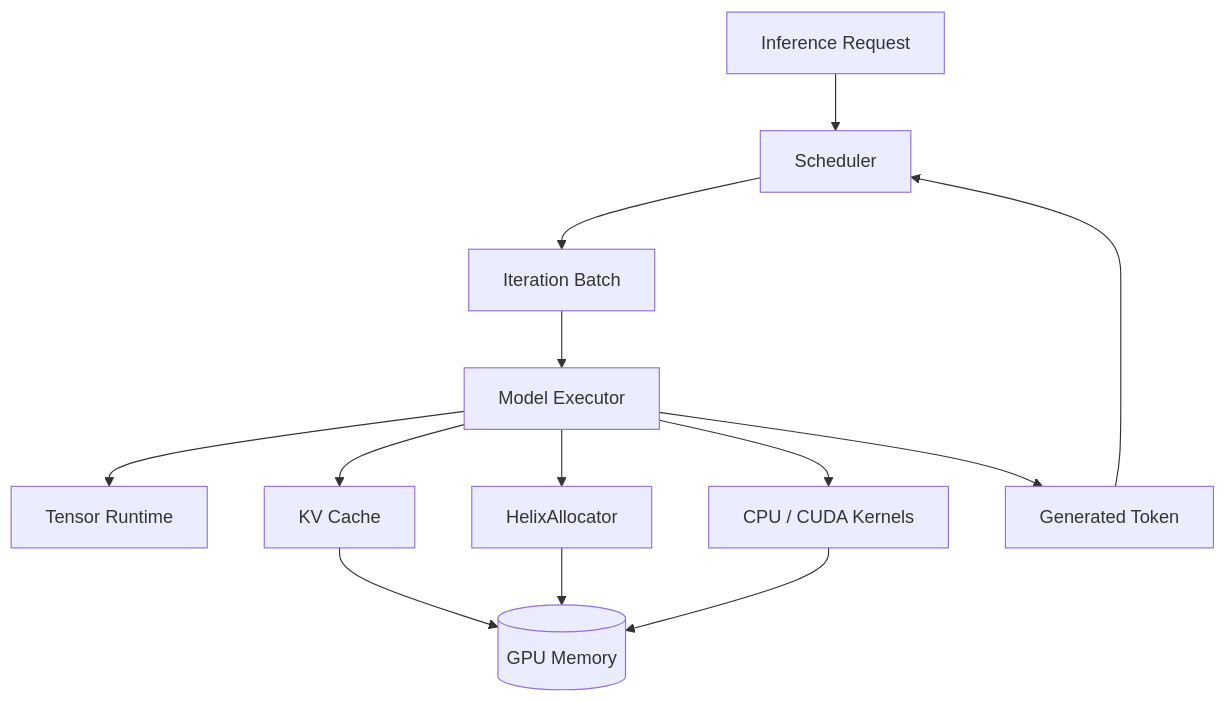
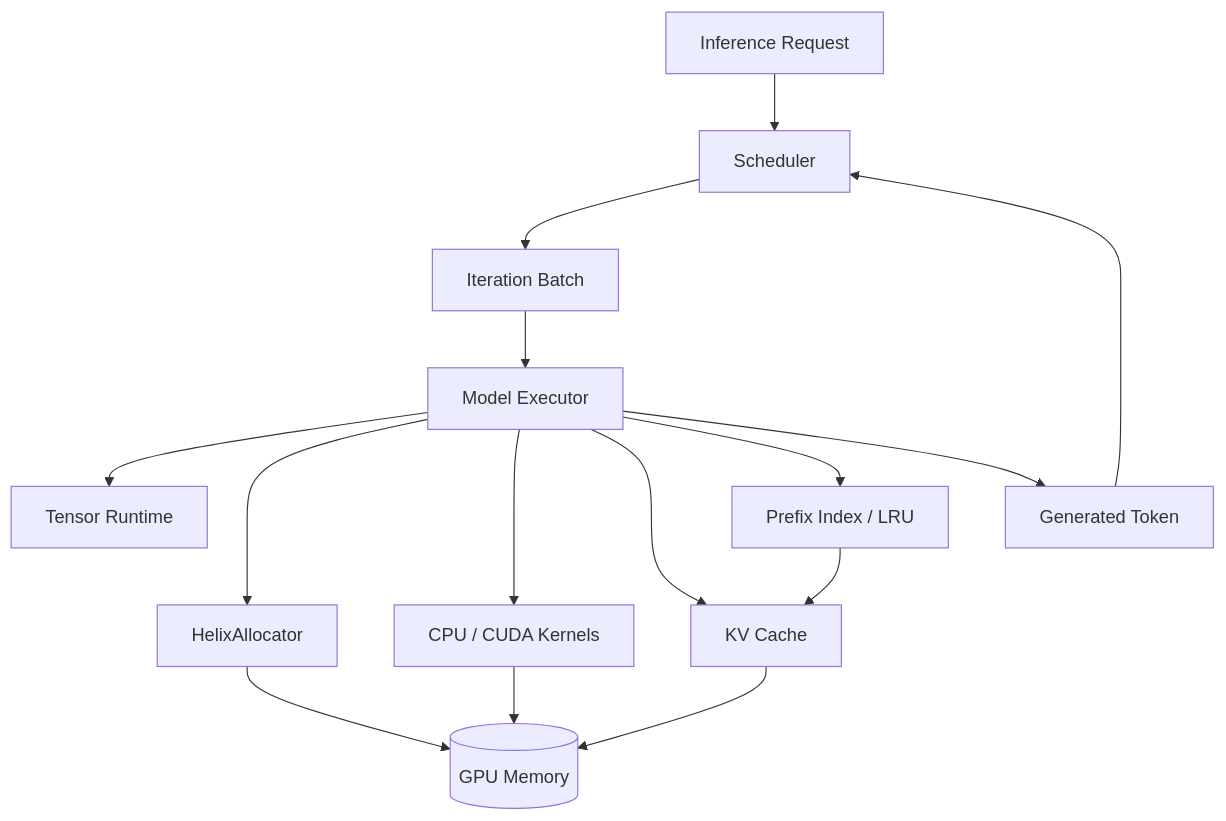
Before and after one commit to parthpandya5/helix-runtime: the first of 12 diagrams in docs/ARCHITECTURE.md, drawn with Mermaid. The commit also changed other lines of this file and 11 other files, not shown here.

````diff
--- a/docs/ARCHITECTURE.md
+++ b/docs/ARCHITECTURE.md
@@ -27,15 +27,17 @@
 ```mermaid
 flowchart TD
     Request[Inference Request] --> Scheduler
     Scheduler --> Batch[Iteration Batch]
     Batch --> Executor[Model Executor]
     Executor --> Tensor[Tensor Runtime]
     Executor --> Allocator[HelixAllocator]
     Executor --> Kernels[CPU / CUDA Kernels]
     Executor --> KV[KV Cache]
+    Executor --> Prefix[Prefix Index / LRU]
+    Prefix --> KV
     KV --> GPUMemory[(GPU Memory)]
     Allocator --> GPUMemory
     Kernels --> GPUMemory
     Executor --> Token[Generated Token]
     Token --> Scheduler
 ```
````
